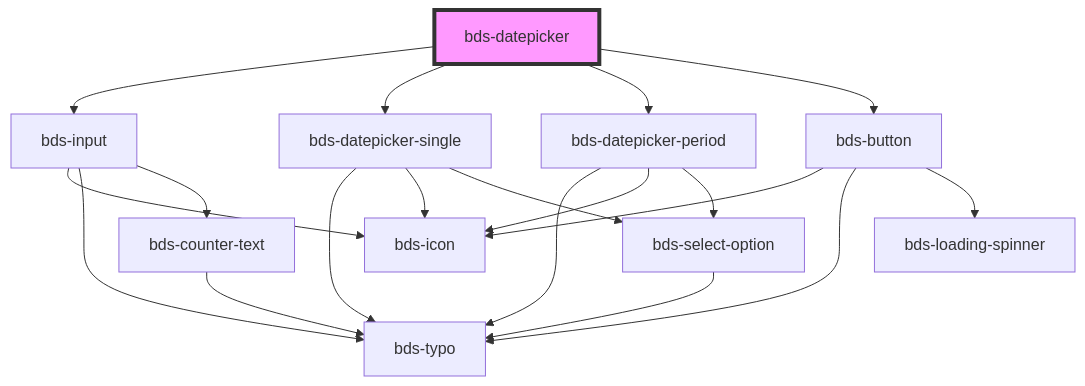
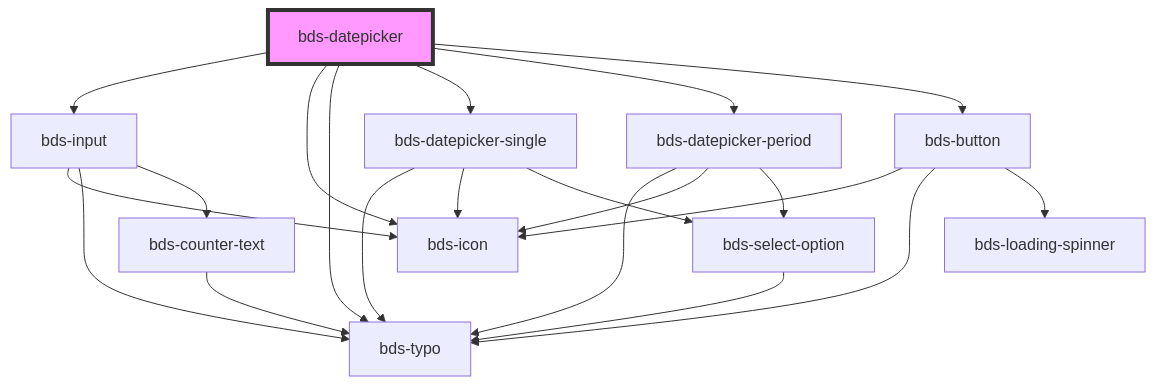
Before and after one commit to takenet/blip-ds: the diagram in src/components/datepicker/readme.md, drawn with Mermaid. The commit also changed other lines of this file and 6 other files, not shown here.

````diff
--- a/src/components/datepicker/readme.md
+++ b/src/components/datepicker/readme.md
@@ -27,22 +38,24 @@
 ```mermaid
 graph TD;
   bds-datepicker --> bds-input
+  bds-datepicker --> bds-icon
+  bds-datepicker --> bds-typo
   bds-datepicker --> bds-datepicker-single
   bds-datepicker --> bds-datepicker-period
   bds-datepicker --> bds-button
   bds-input --> bds-icon
   bds-input --> bds-typo
   bds-input --> bds-counter-text
   bds-counter-text --> bds-typo
   bds-datepicker-single --> bds-typo
   bds-datepicker-single --> bds-icon
   bds-datepicker-single --> bds-select-option
   bds-select-option --> bds-typo
   bds-datepicker-period --> bds-typo
   bds-datepicker-period --> bds-icon
   bds-datepicker-period --> bds-select-option
   bds-button --> bds-icon
   bds-button --> bds-typo
   bds-button --> bds-loading-spinner
   style bds-datepicker fill:#f9f,stroke:#333,stroke-width:4px
 ```
````
